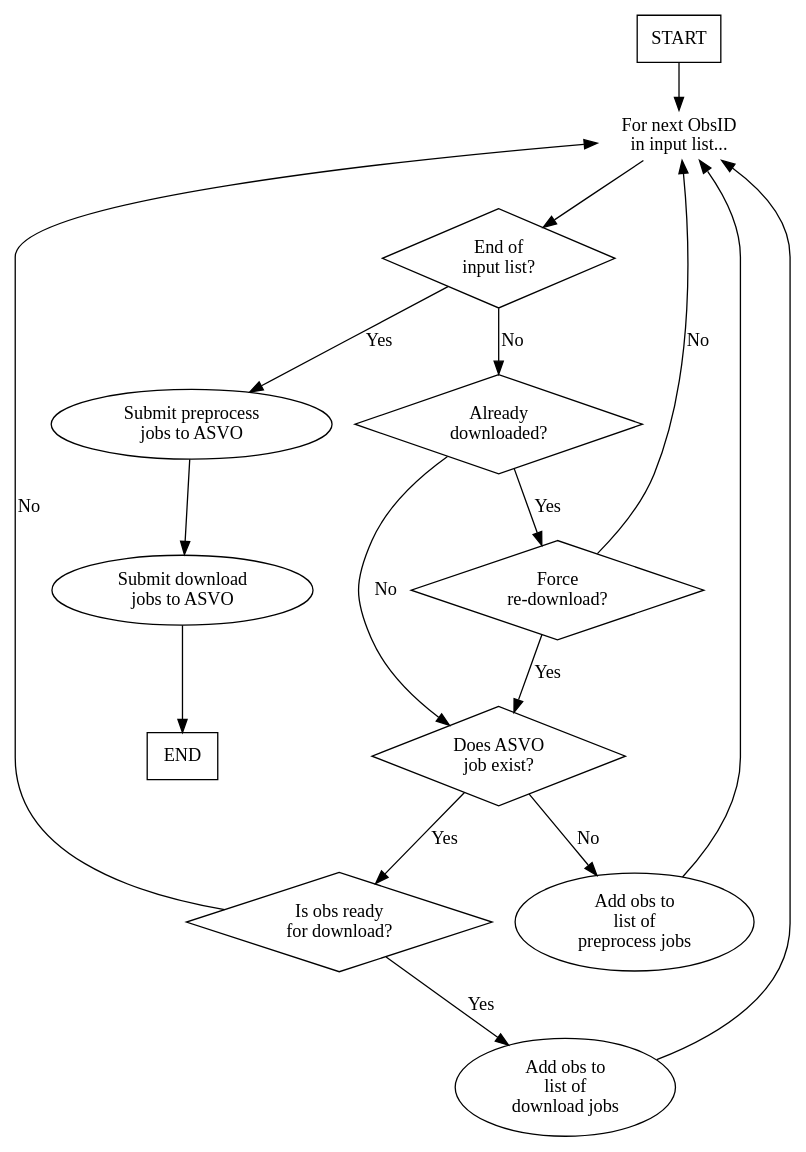
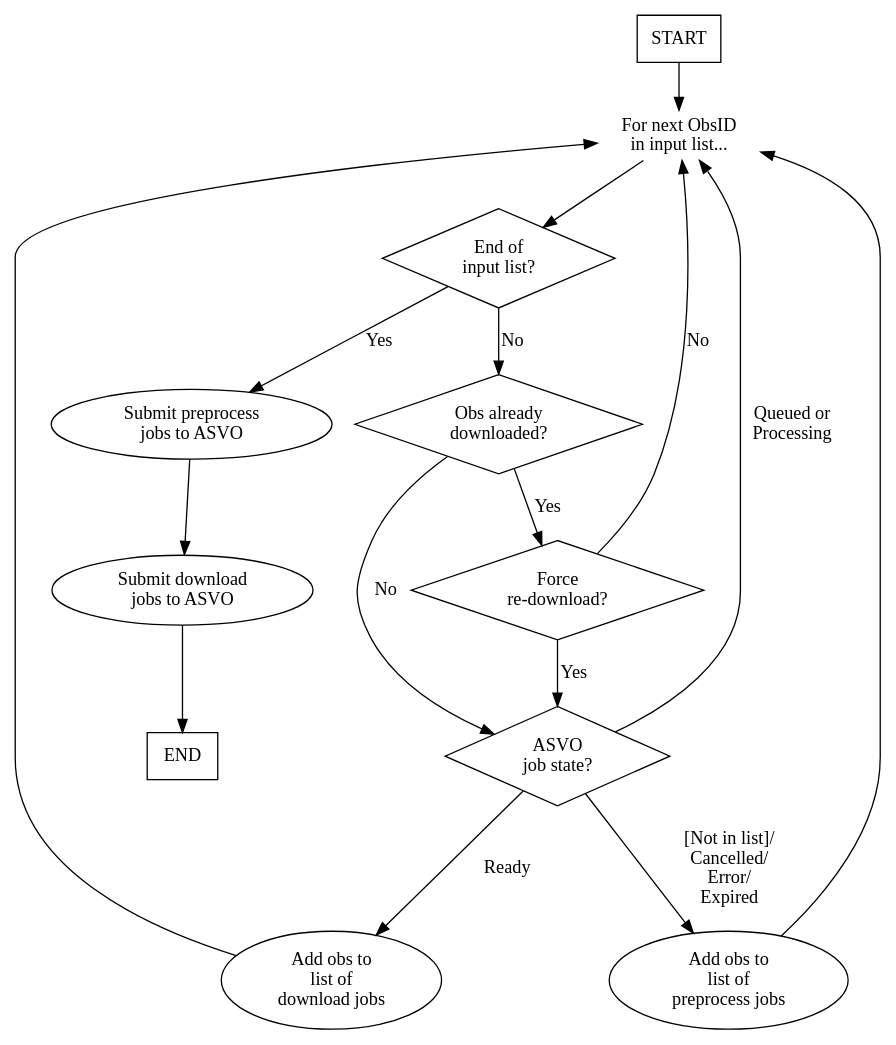
One commit to robotopia/MWA-Galactic-Plane-Monitoring changed the diagram in doc/images/giantsquid.dot. Above: the diagram before and after it, drawn with Graphviz. The commit also changed 4 other files, not shown here.

```diff
--- a/doc/images/giantsquid.dot
+++ b/doc/images/giantsquid.dot
@@ -1,32 +1,30 @@
 // Flowchart for obs_giantsquid.sh
 
 digraph G {
     START [shape=rectangle]
     END [shape=rectangle]
     next_obs [label="For next ObsID\nin input list..."; shape=plaintext]
-    already_downloaded [label="Already\ndownloaded?"; shape=diamond]
+    already_downloaded [label="Obs already\ndownloaded?"; shape=diamond]
     force [label="Force\nre-download?"; shape=diamond]
-    asvo_job_exist [label="Does ASVO\njob exist?"; shape=diamond]
-    asvo_job_ready [label="Is obs ready\nfor download?"; shape=diamond]
+    asvo_job_state [label="ASVO\njob state?"; shape=diamond]
     add_to_download_list [label="Add obs to\nlist of\ndownload jobs"]
     add_to_preprocess_list [label="Add obs to\nlist of\npreprocess jobs"]
     submit_preprocess_list [label="Submit preprocess\njobs to ASVO"]
     submit_download_list [label="Submit download\njobs to ASVO"]
     end_of_list [label="End of\ninput list?"; shape=diamond]
 
     START -> next_obs
     next_obs -> end_of_list
     end_of_list -> already_downloaded [label="No"]
-    already_downloaded -> asvo_job_exist [label="No"]
+    already_downloaded -> asvo_job_state [label="No"]
     already_downloaded -> force [label="Yes"]
     force -> next_obs [label="No"]
-    force -> asvo_job_exist [label="Yes"]
-    asvo_job_exist -> asvo_job_ready [label="Yes"]
-    asvo_job_exist -> add_to_preprocess_list [label="No"]
-    asvo_job_ready -> next_obs [label="No"]
-    asvo_job_ready -> add_to_download_list [label="Yes"]
+    force -> asvo_job_state [label="Yes"]
+    asvo_job_state -> add_to_preprocess_list [label="[Not in list]/\nCancelled/\nError/\nExpired"]
+    asvo_job_state -> next_obs [label="Queued or\nProcessing"]
+    asvo_job_state -> add_to_download_list [label="Ready"]
     add_to_download_list -> next_obs
     add_to_preprocess_list -> next_obs
     end_of_list -> submit_preprocess_list [label="Yes"]
     submit_preprocess_list -> submit_download_list -> END
 }
```
